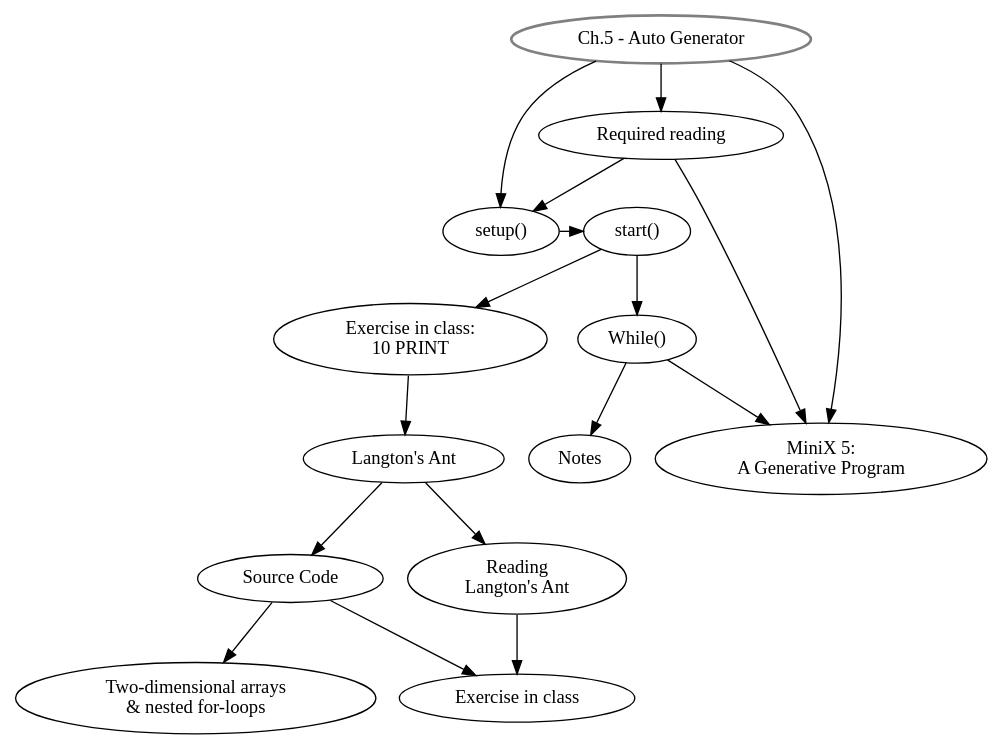
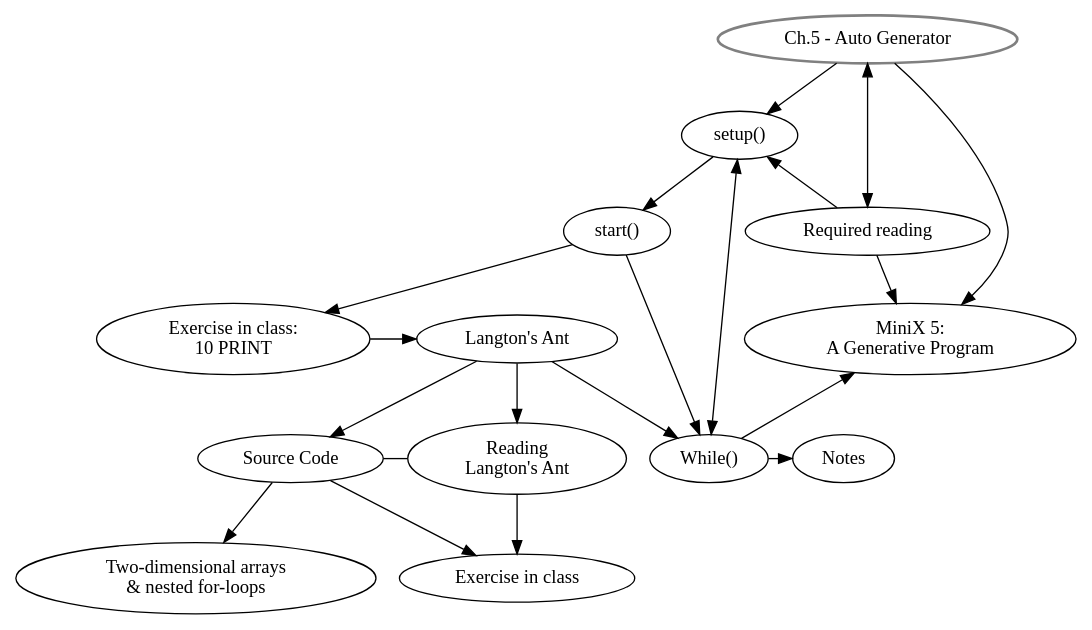
Before and after one commit to danbz/aesthetic-programming: the diagram in graphviz/AP_ch5.dot, drawn with Graphviz. The commit also changed 3 other files, not shown here.

```diff
--- a/graphviz/AP_ch5.dot
+++ b/graphviz/AP_ch5.dot
@@ -1,35 +1,44 @@
 digraph G {
 //labels
 GS [
 label="Ch.5 - Auto Generator",
 style=bold,
 color=grey,
 ]
 
 SU [label="setup()"]
 ST [label="start()"]
 EiC [label="Exercise in class: \n10 PRINT"]
 LA [label="Langton's Ant"]
 SC [label="Source Code"]
 RLA [label="Reading \nLangton's Ant"]
 AL [label="Two-dimensional arrays \n& nested for-loops
 "]
 EiC2 [label="Exercise in class"]
 MW [label="While()"]
 MX [label="MiniX 5: \nA Generative Program"]
 RR [label="Required reading"]
 Notes [label="Notes"]
 
 //rank
-{rank = same; SU, ST}
-{rank = same; MW, EiC}
+{rank = same; RR, ST}
+{rank = same; LA, EiC}
+{rank = same; RLA, SC}
+{rank = same; MX, LA}
+{rank = same; MW, Notes}
 
 //graph
-GS -> SU -> ST -> EiC -> LA;
-GS -> RR, MX;
+GS -> SU -> ST -> EiC;
+EiC-> LA[minlen=2];
+GS -> MX;
+GS -> RR[dir=both];
+SU -> MW [dir=both];
+SC -> RLA [dir=none];
 RR -> MX, SU;
 LA -> SC, RLA -> EiC2;
 SC -> AL;
 ST -> MW -> Notes;
 MW -> MX;
+LA -> MW;
+
 }
```
